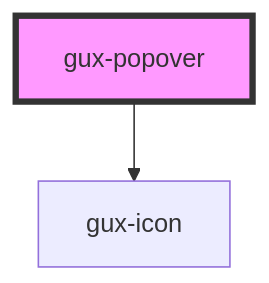
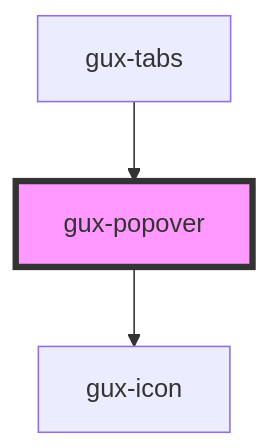
The diagram in src/components/gux-popover/readme.md (MyPureCloud/genesys-spark), drawn with Mermaid before and after one commit. The commit also changed other lines of this file and 11 other files, not shown here.

Commit message:
feat(gux-tabs): create basic gux-tabs component

````diff
--- a/src/components/gux-popover/readme.md
+++ b/src/components/gux-popover/readme.md
@@ -32,5 +36,6 @@
 ```mermaid
 graph TD;
   gux-popover --> gux-icon
+  gux-tabs --> gux-popover
   style gux-popover fill:#f9f,stroke:#333,stroke-width:4px
 ```
````
